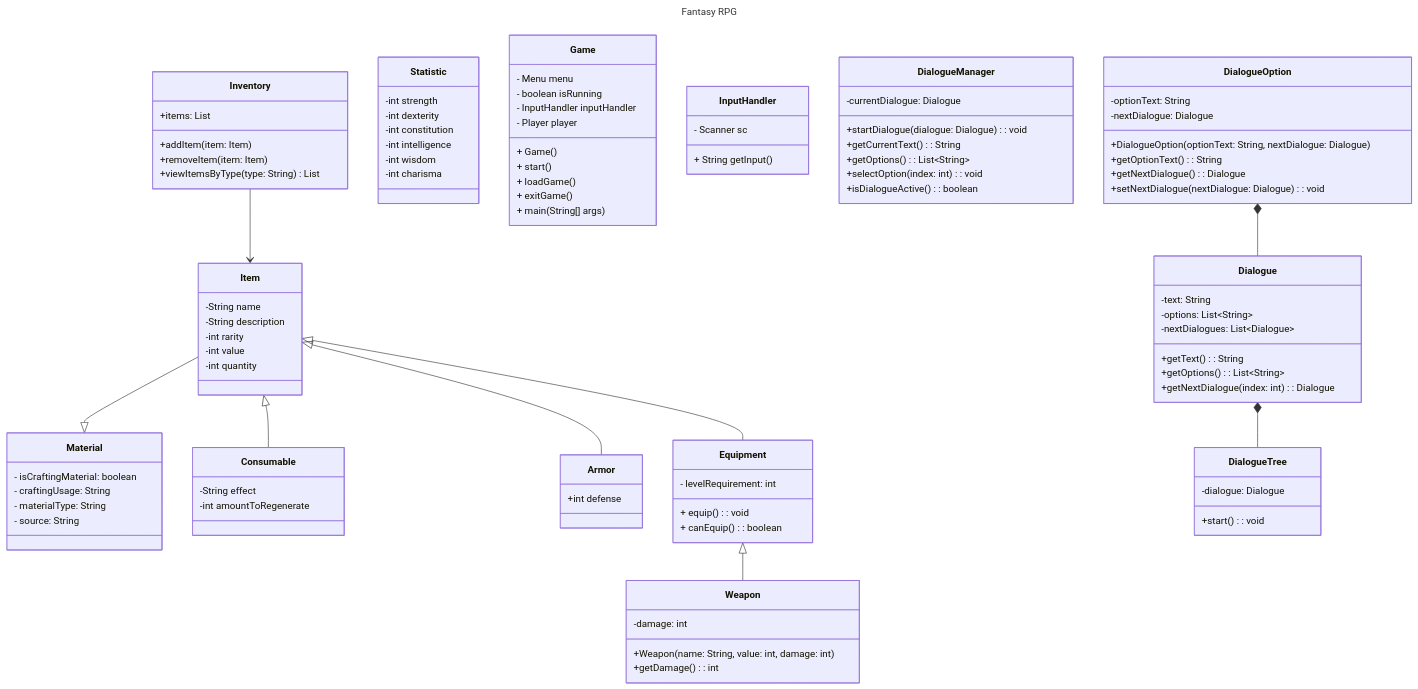
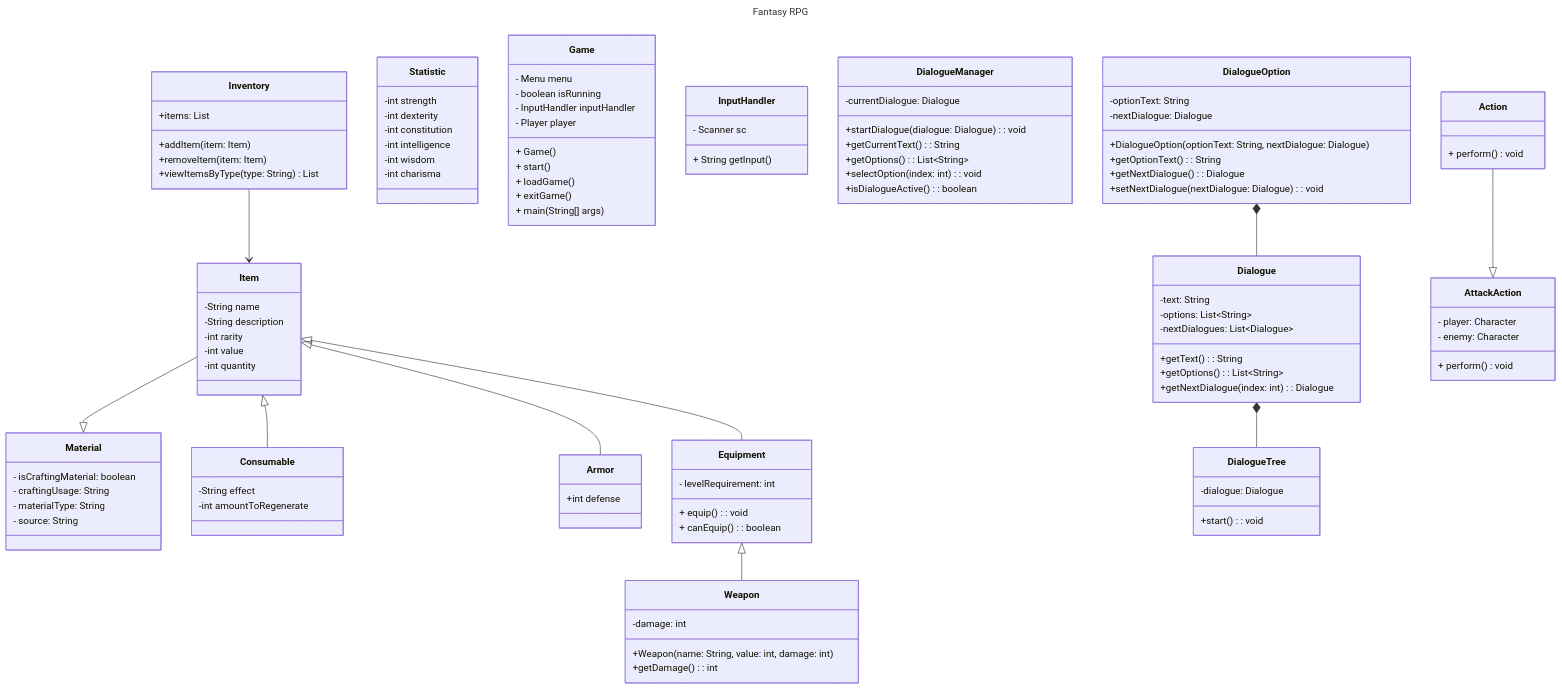
One commit to pacalso-jjc/2425-2nd-cc3-1b-rpg changed the diagram in wiki/Class-Diagram.md. Above: the diagram before and after it, drawn with Mermaid.

Commit message:
Add Action class tp class diagram

````diff
--- a/wiki/Class-Diagram.md
+++ b/wiki/Class-Diagram.md
@@ -113,5 +113,14 @@
         +removeItem(item: Item)
         +viewItemsByType(type: String) List
     }
+    Action --|> AttackAction
+    class Action {
+        + perform()void
+}
+    class AttackAction {
+        - player: Character
+        - enemy: Character
+        + perform() void
+}
 
 ```
````
